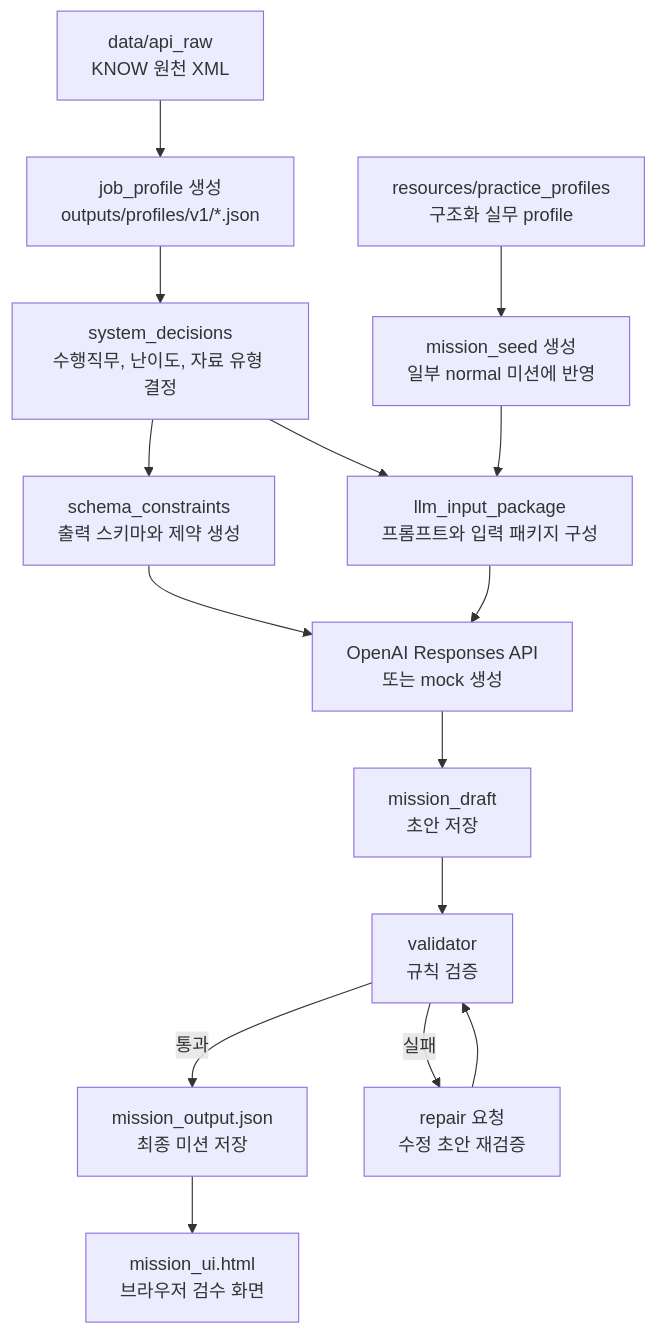
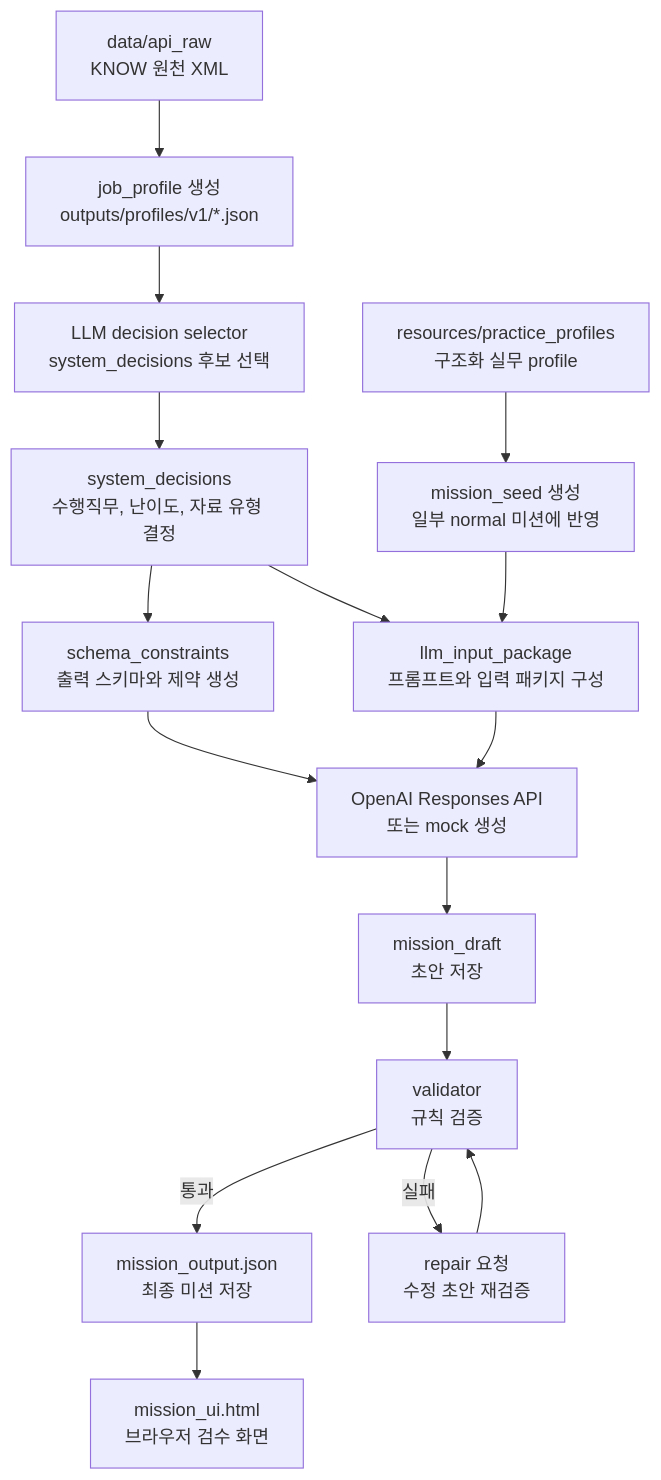
One commit to YU-MIDAS/job_mission changed the diagram in document/mission_generation_flow.md. Above: the diagram before and after it, drawn with Mermaid. The commit also changed other lines of this file and 23 other files, not shown here.

First line of the commit message:
LLM decision selector 도입 및 미션 난이도 기준 세분화

````diff
--- a/document/mission_generation_flow.md
+++ b/document/mission_generation_flow.md
@@ -7,17 +7,18 @@
 ```mermaid
 flowchart TD
     A["data/api_raw<br/>KNOW 원천 XML"] --> B["job_profile 생성<br/>outputs/profiles/v1/*.json"]
     P["resources/practice_profiles<br/>구조화 실무 profile"] --> S["mission_seed 생성<br/>일부 normal 미션에 반영"]
-    B --> C["system_decisions<br/>수행직무, 난이도, 자료 유형 결정"]
+    B --> L["LLM decision selector<br/>system_decisions 후보 선택"]
+    L --> C["system_decisions<br/>수행직무, 난이도, 자료 유형 결정"]
     C --> D["schema_constraints<br/>출력 스키마와 제약 생성"]
     C --> E["llm_input_package<br/>프롬프트와 입력 패키지 구성"]
     S --> E
     D --> F["OpenAI Responses API<br/>또는 mock 생성"]
     E --> F
     F --> G["mission_draft<br/>초안 저장"]
     G --> H["validator<br/>규칙 검증"]
     H -->|통과| I["mission_output.json<br/>최종 미션 저장"]
     H -->|실패| J["repair 요청<br/>수정 초안 재검증"]
     J --> H
     I --> K["mission_ui.html<br/>브라우저 검수 화면"]
 ```
````
